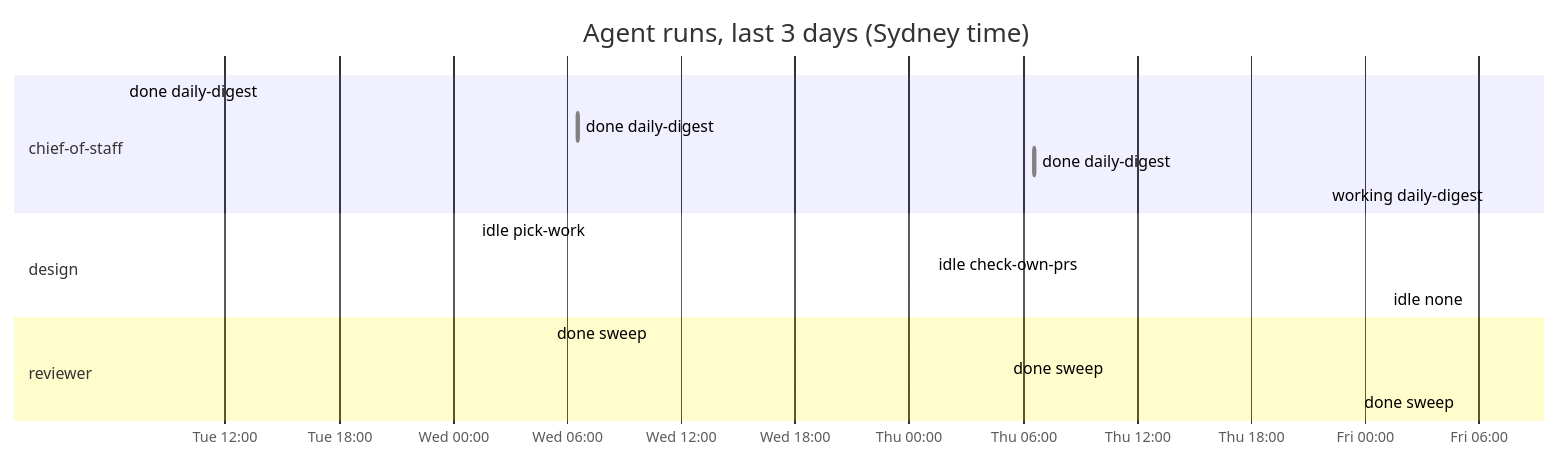
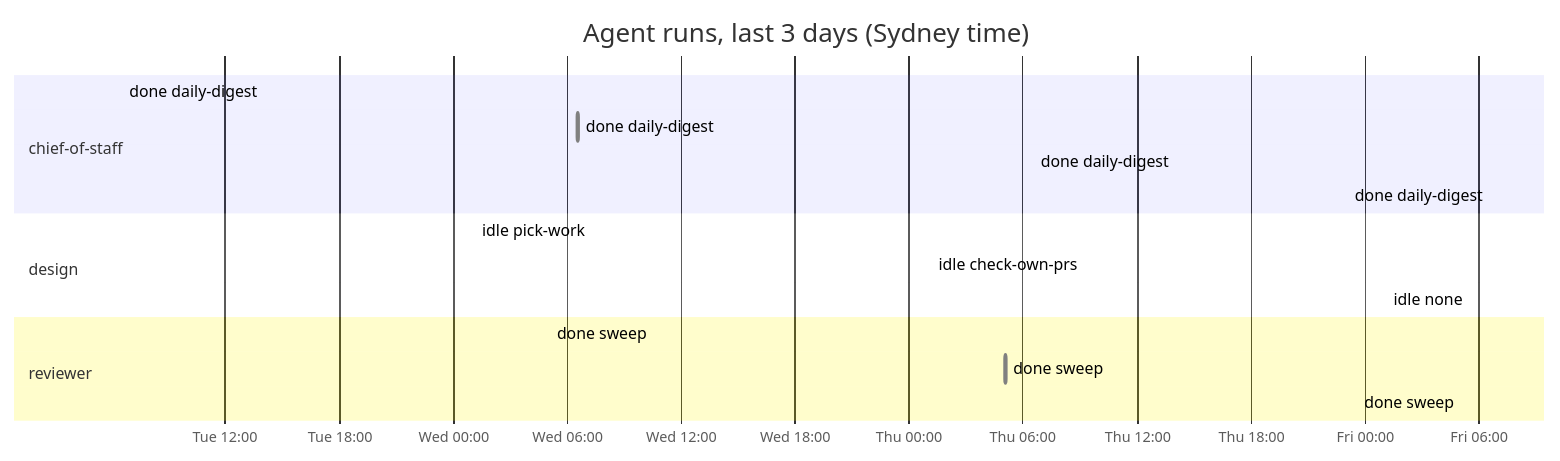
Before and after one commit to roulmediateam-byte/fifteen-expert-hq: the diagram in dashboard.md, drawn with Mermaid. The commit also changed other lines of this file and 1 other file, not shown here.

````diff
--- a/dashboard.md
+++ b/dashboard.md
@@ -54,19 +55,19 @@
 ```mermaid
 gantt
     title Agent runs, last 3 days (Sydney time)
     dateFormat YYYY-MM-DD HH:mm
     axisFormat %a %H:%M
     section chief-of-staff
     done daily-digest :done, 2026-11-24 06:35, 2026-11-24 06:37
     done daily-digest :done, 2026-11-25 06:34, 2026-11-25 06:35
     done daily-digest :done, 2026-11-26 06:35, 2026-11-26 06:36
-    working daily-digest :active, 2026-11-27 06:35, 2026-11-27 06:35
+    done daily-digest :done, 2026-11-27 06:35, 2026-11-27 06:36
     section design
     idle pick-work :done, 2026-11-25 01:09, 2026-11-25 01:09
     idle check-own-prs :done, 2026-11-26 01:09, 2026-11-26 01:09
     idle none :done, 2026-11-27 01:08, 2026-11-27 01:09
     section reviewer
     done sweep :done, 2026-11-25 05:04, 2026-11-25 05:05
     done sweep :done, 2026-11-26 05:05, 2026-11-26 05:06
     done sweep :done, 2026-11-27 05:05, 2026-11-27 05:06
 ```
````
